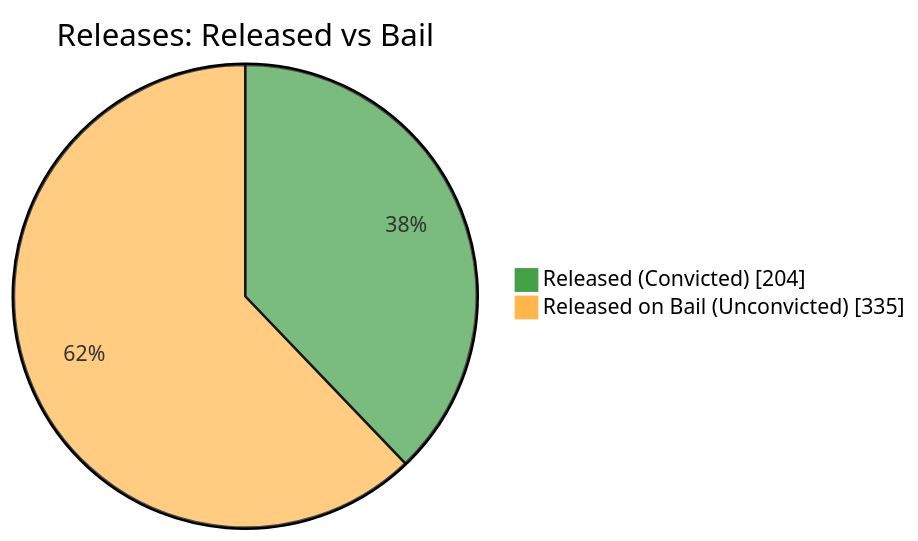
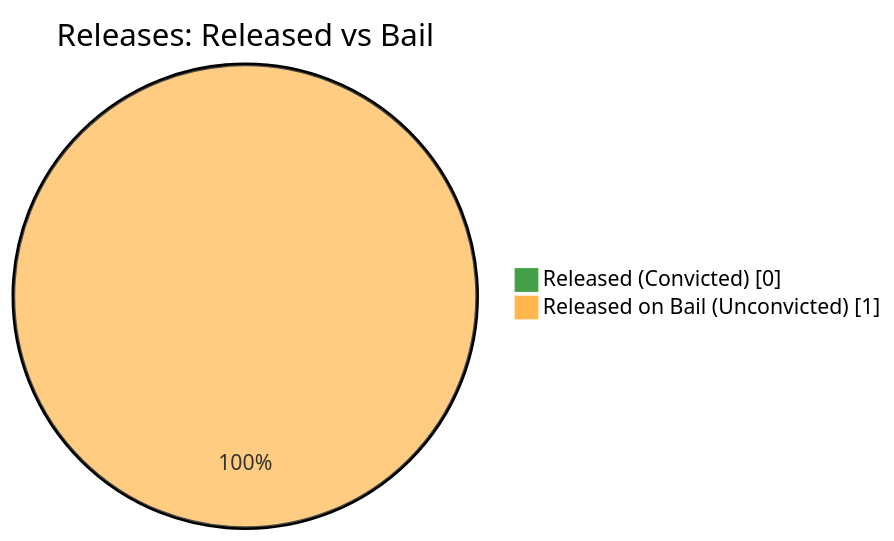
Before and after one commit to nuuuwan/lk_prisons: the fifth of 7 diagrams in README.md, drawn with Mermaid. The commit also changed other lines of this file and 1 other file, not shown here.

````diff
--- a/README.md
+++ b/README.md
@@ -87,6 +87,6 @@
 ```mermaid
 %%{init: {'themeVariables': {'pie1': '#43A047', 'pie2': '#FFB74D'}}}%%
 pie showData title Releases: Released vs Bail
-    "Released (Convicted)" : 204
-    "Released on Bail (Unconvicted)" : 335
+    "Released (Convicted)" : 0
+    "Released on Bail (Unconvicted)" : 1
 ```
````
